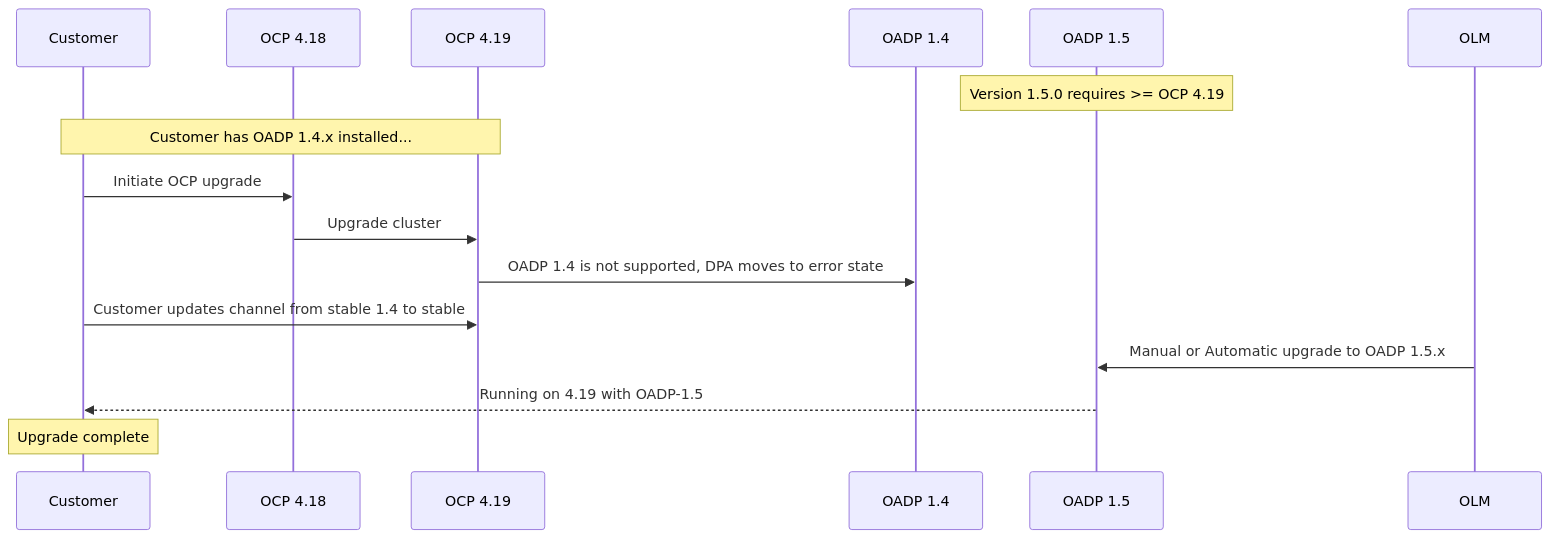
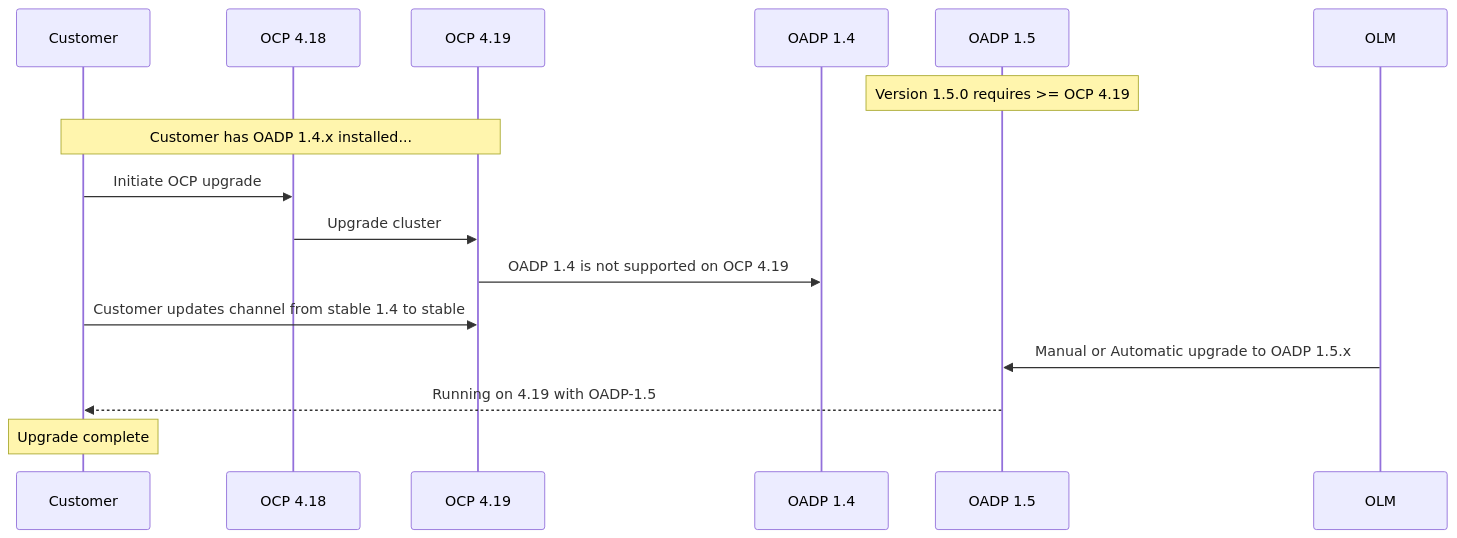
The diagram in PARTNERS.md (openshift/oadp-operator), drawn with Mermaid before and after one commit.

Commit message:
remove dpa error on 1.4

````diff
--- a/PARTNERS.md
+++ b/PARTNERS.md
@@ -52,20 +52,20 @@
 ```mermaid
 sequenceDiagram
     participant Customer
     participant OCP 4.18
     participant OCP 4.19
     participant OADP 1.4
     participant OADP 1.5
 
     Note over OADP 1.5: Version 1.5.0 requires >= OCP 4.19
     Note over Customer,OCP 4.19: Customer has OADP 1.4.x installed...
 
     Customer->>OCP 4.18: Initiate OCP upgrade
     OCP 4.18->>OCP 4.19: Upgrade cluster
-    OCP 4.19->>OADP 1.4: OADP 1.4 is not supported, DPA moves to error state
+    OCP 4.19->>OADP 1.4: OADP 1.4 is not supported on OCP 4.19
     Customer->>OCP 4.19: Customer updates channel from stable 1.4 to stable
     OLM->>OADP 1.5: Manual or Automatic upgrade to OADP 1.5.x
     OADP 1.5-->>Customer: Running on 4.19 with OADP-1.5
 
     Note over Customer:  Upgrade complete
 ```
````
